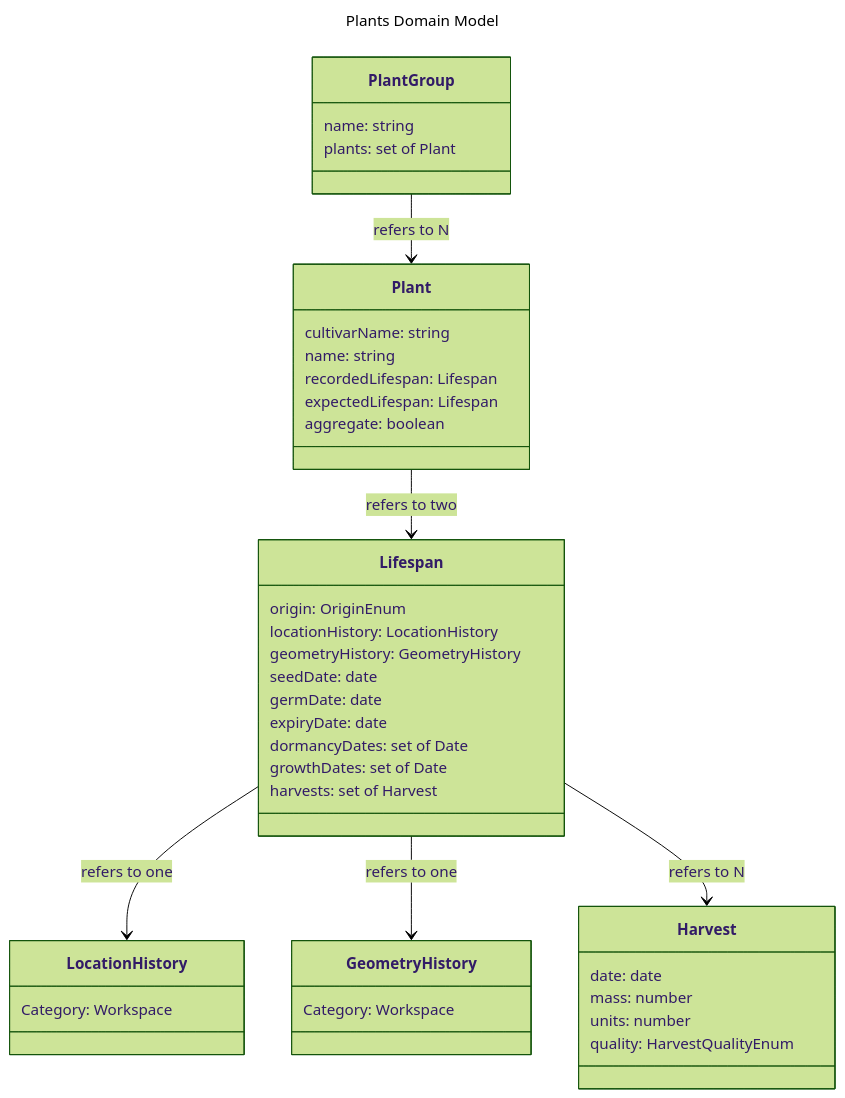
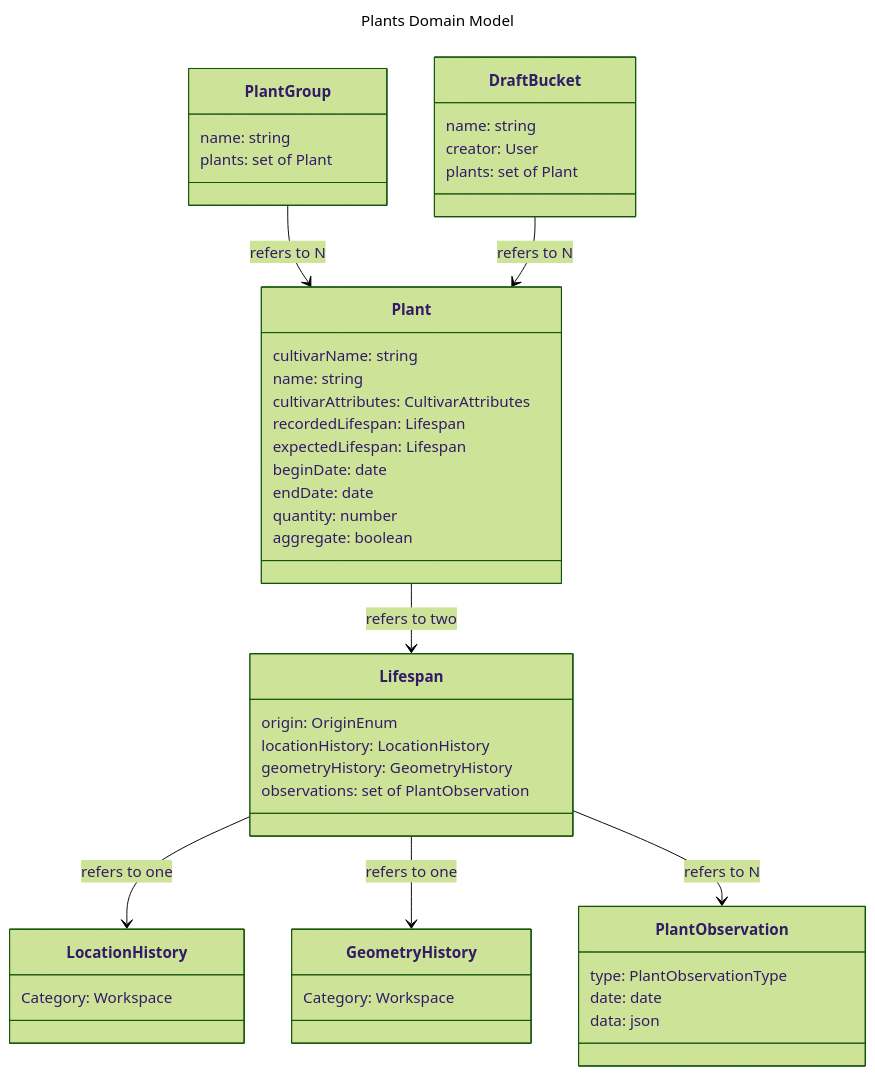
The diagram in design/plants/models.md (VerdanTech/Vdt-Webapp), drawn with Mermaid (forest theme) before and after one commit. The commit also changed other lines of this file and 10 other files, not shown here.

````diff
--- a/design/plants/models.md
+++ b/design/plants/models.md
@@ -7,47 +7,51 @@
 ```mermaid
 ---
 title: Plants Domain Model
 ---
 classDiagram
 
     Lifespan --> LocationHistory : refers to one
     Lifespan --> GeometryHistory : refers to one
-    Lifespan --> Harvest : refers to N
+    Lifespan --> PlantObservation : refers to N
     Plant --> Lifespan : refers to two
     PlantGroup --> Plant : refers to N
+    DraftBucket --> Plant : refers to N
 
     class Lifespan{
         origin: OriginEnum
         locationHistory: LocationHistory
         geometryHistory: GeometryHistory
-        seedDate: date
-        germDate: date
-        expiryDate: date
-        dormancyDates: set of Date
-        growthDates: set of Date
-        harvests: set of Harvest
+        observations: set of PlantObservation
     }
-    class Harvest {
+    class PlantObservation {
+        type: PlantObservationType
         date: date
-        mass: number
-        units: number
-        quality: HarvestQualityEnum
+        data: json
     }
     class Plant {
         cultivarName: string
         name: string
+        cultivarAttributes: CultivarAttributes
         recordedLifespan: Lifespan
         expectedLifespan: Lifespan
+        beginDate: date
+        endDate: date
+        quantity: number
         aggregate: boolean
     }
     class PlantGroup {
         name: string
+        plants: set of Plant
+    }
+    class DraftBucket {
+        name: string
+        creator: User
         plants: set of Plant
     }
     class LocationHistory {
         Category: Workspace
     }
     class GeometryHistory {
         Category: Workspace
     }
 ```
````
